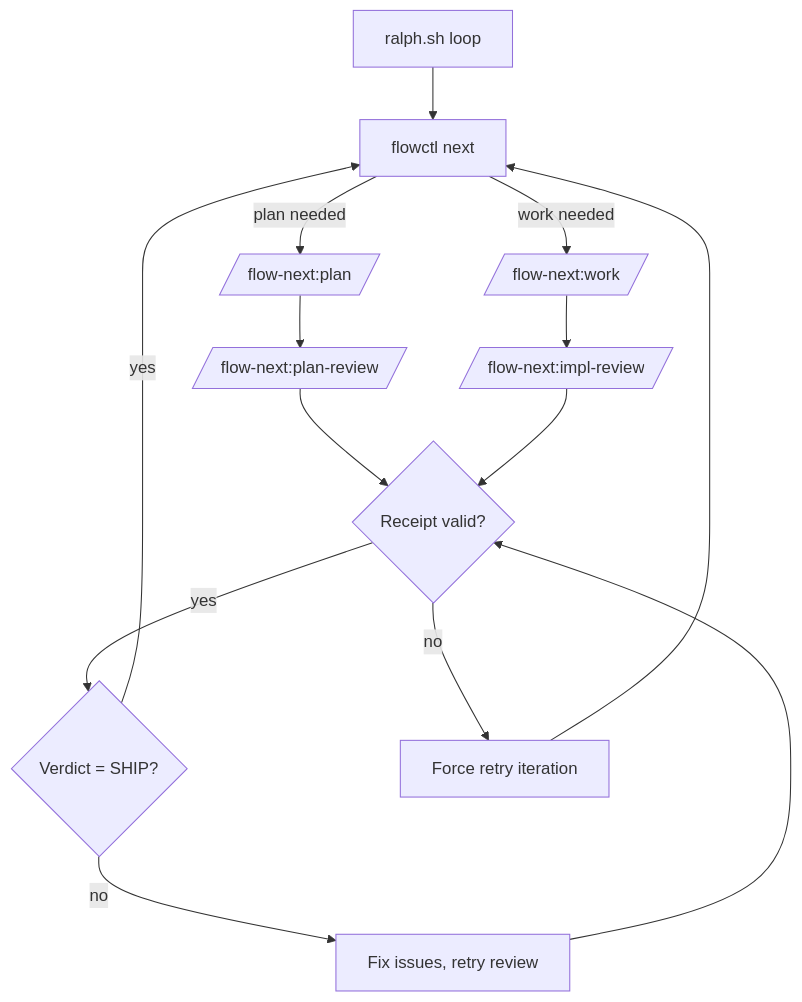
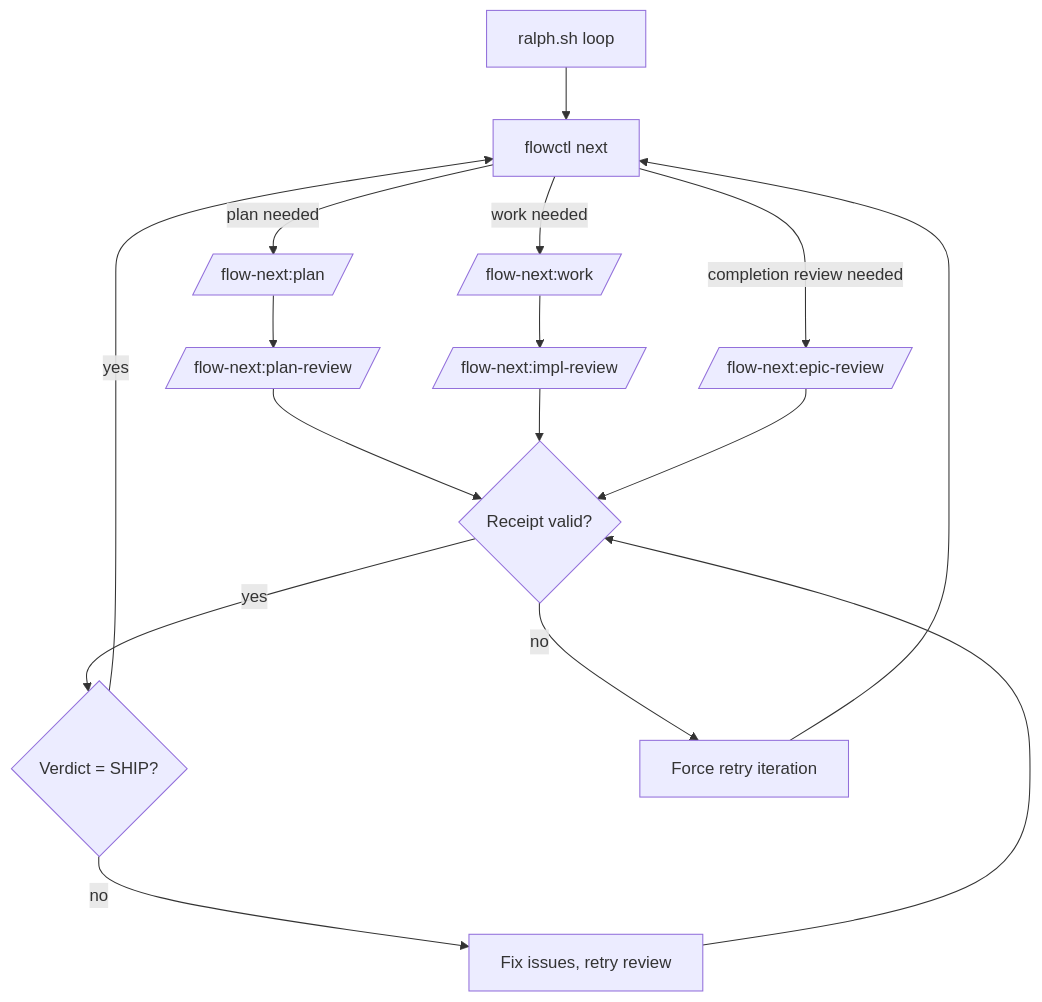
Before and after one commit to z23cc/gmickel-claude-marketplace: the diagram in plugins/flow-next/docs/ralph.md, drawn with Mermaid. The commit also changed other lines of this file and 28 other files, not shown here.

First line of the commit message:
feat(flow-next): add epic-completion review gate (#84)

````diff
--- a/plugins/flow-next/docs/ralph.md
+++ b/plugins/flow-next/docs/ralph.md
@@ -129,16 +129,18 @@
 ```mermaid
 flowchart TD
   A[ralph.sh loop] --> B[flowctl next]
   B -->|plan needed| C[/flow-next:plan/]
   C --> D[/flow-next:plan-review/]
   B -->|work needed| E[/flow-next:work/]
   E --> F[/flow-next:impl-review/]
+  B -->|completion review needed| K[/flow-next:epic-review/]
   D --> G{Receipt valid?}
   F --> G
+  K --> G
   G -- yes --> H{Verdict = SHIP?}
   H -- yes --> B
   H -- no --> I[Fix issues, retry review]
   I --> G
   G -- no --> J[Force retry iteration]
   J --> B
 ```
````
